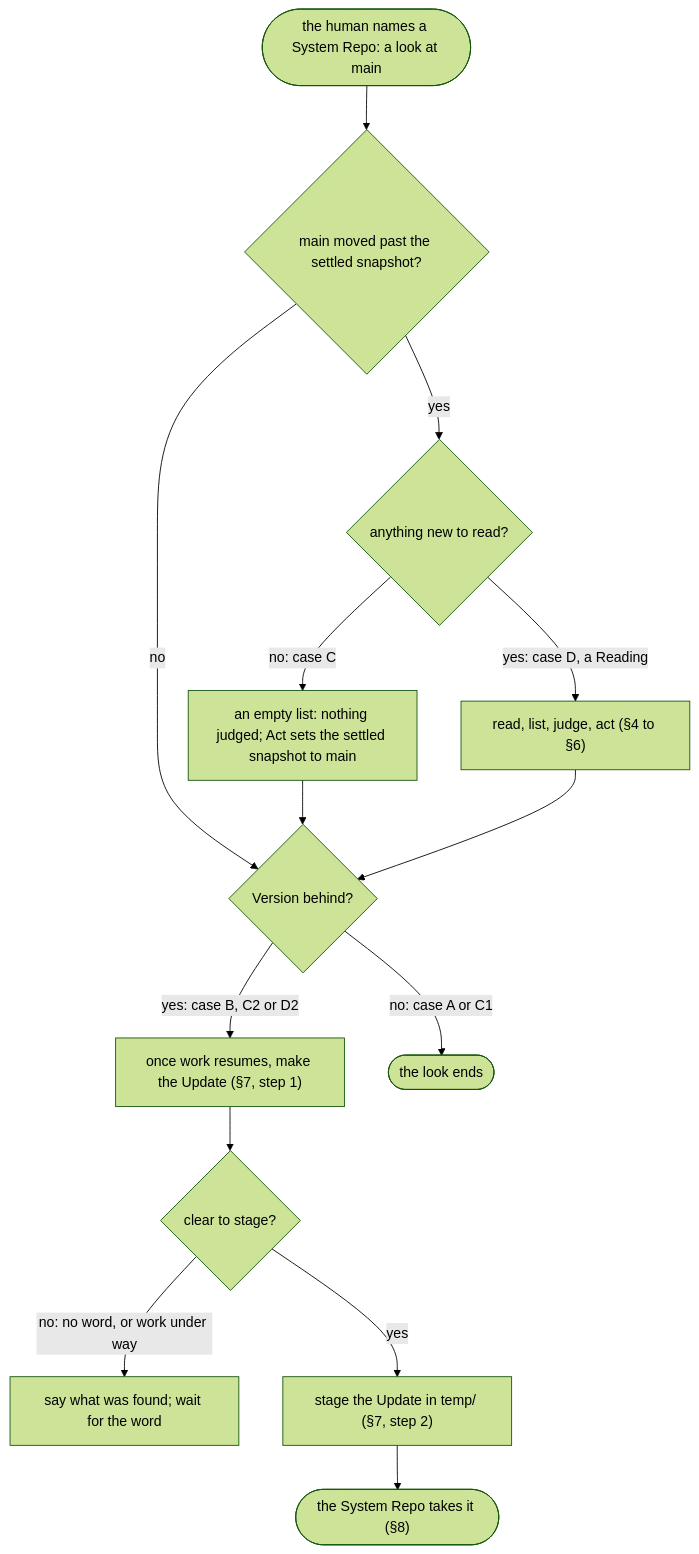
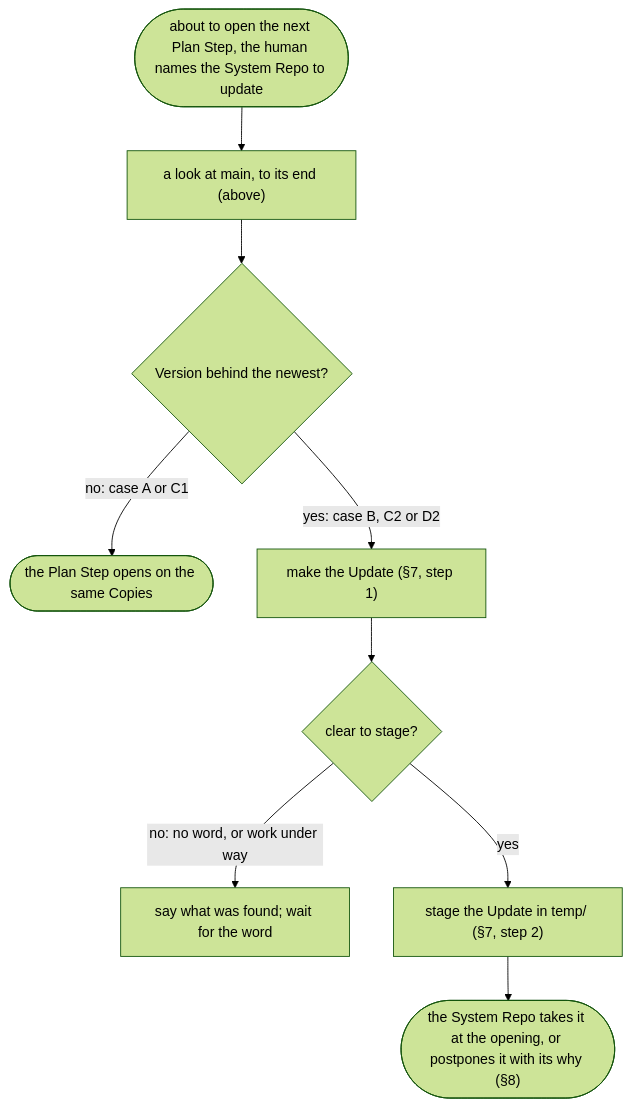
The second of 2 diagrams in temp/common-ground/system-repo-change-flow.md (edgaras87/correctness-by-construction), drawn with Mermaid (forest theme) before and after one commit. The commit also changed other lines of this file, not shown here.

First line of the commit message:
docs: temp's flow charts its two jobs apart

````diff
--- a/temp/common-ground/system-repo-change-flow.md
+++ b/temp/common-ground/system-repo-change-flow.md
@@ -44,16 +60,11 @@
 ```mermaid
 flowchart TD
-  start(["the human names a System Repo: a look at main"]) --> c1{"main moved past the settled snapshot?"}
-  c1 -- yes --> c2{"anything new to read?"}
-  c1 -- no --> c3
-  c2 -- "no: case C" --> C["an empty list: nothing judged; Act sets the settled snapshot to main"]
-  c2 -- "yes: case D, a Reading" --> D["read, list, judge, act (§4 to §6)"]
-  C --> c3
-  D --> c3{"Version behind?"}
-  c3 -- "yes: case B, C2 or D2" --> make["once work resumes, make the Update (§7, step 1)"]
-  c3 -- "no: case A or C1" --> none(["the look ends"])
+  start(["about to open the next Plan Step, the human names the System Repo to update"]) --> look["a look at main, to its end (above)"]
+  look --> c3{"Version behind the newest?"}
+  c3 -- "no: case A or C1" --> same(["the Plan Step opens on the same Copies"])
+  c3 -- "yes: case B, C2 or D2" --> make["make the Update (§7, step 1)"]
   make --> ok{"clear to stage?"}
   ok -- "no: no word, or work under way" --> wait["say what was found; wait for the word"]
   ok -- yes --> stage["stage the Update in temp/ (§7, step 2)"]
-  stage --> take(["the System Repo takes it (§8)"])
+  stage --> take(["the System Repo takes it at the opening, or postpones it with its why (§8)"])
 ```
````
